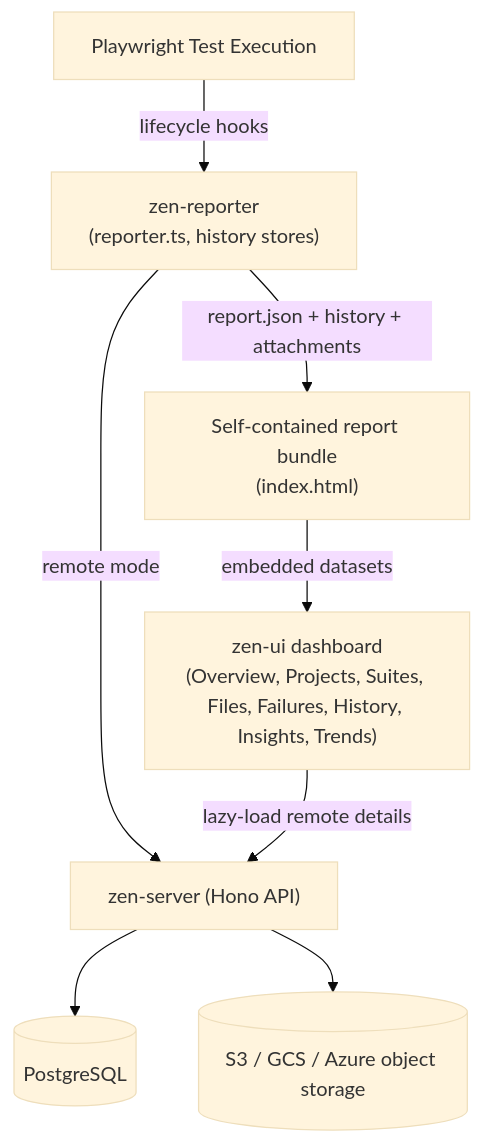
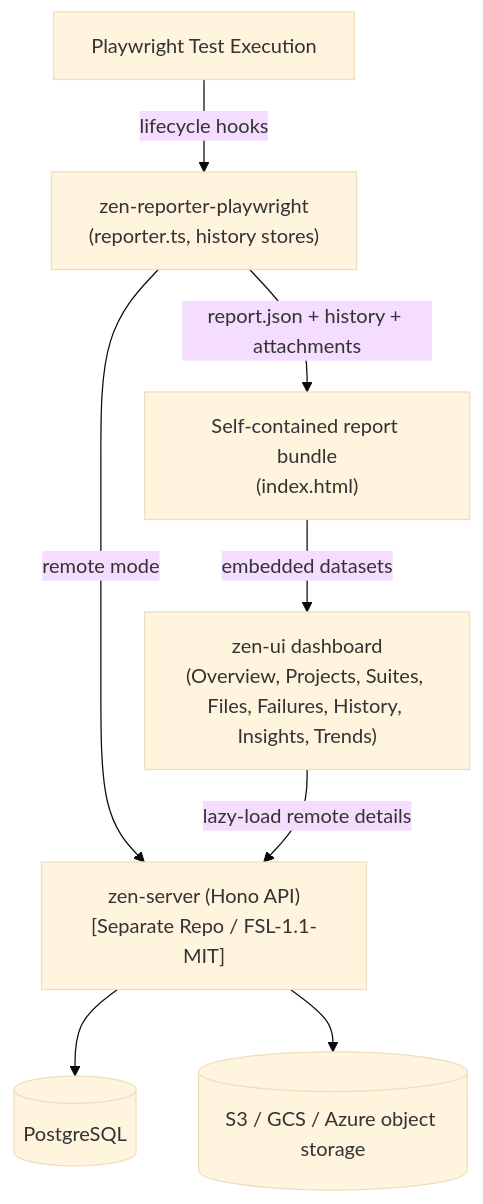
Before and after one commit to zen-reports/zen-reports: the second of 2 diagrams in docs/architecture.md, drawn with Mermaid (base theme). The commit also changed other lines of this file and 102 other files, not shown here.

````diff
--- a/docs/architecture.md
+++ b/docs/architecture.md
@@ -66,10 +67,10 @@
 ```mermaid
 flowchart TD
-    PW["Playwright Test Execution"] -->|lifecycle hooks| REP["zen-reporter<br/>(reporter.ts, history stores)"]
+    PW["Playwright Test Execution"] -->|lifecycle hooks| REP["zen-reporter-playwright<br/>(reporter.ts, history stores)"]
     REP -->|report.json + history + attachments| BUNDLE["Self-contained report bundle<br/>(index.html)"]
     BUNDLE -->|embedded datasets| UI["zen-ui dashboard<br/>(Overview, Projects, Suites, Files, Failures, History, Insights, Trends)"]
-    REP -->|remote mode| SRV["zen-server (Hono API)"]
+    REP -->|remote mode| SRV["zen-server (Hono API)<br/>[Separate Repo / FSL-1.1-MIT]"]
     SRV --> PG[("PostgreSQL")]
     SRV --> OBJ[("S3 / GCS / Azure object storage")]
     UI -->|lazy-load remote details| SRV
 ```
````
